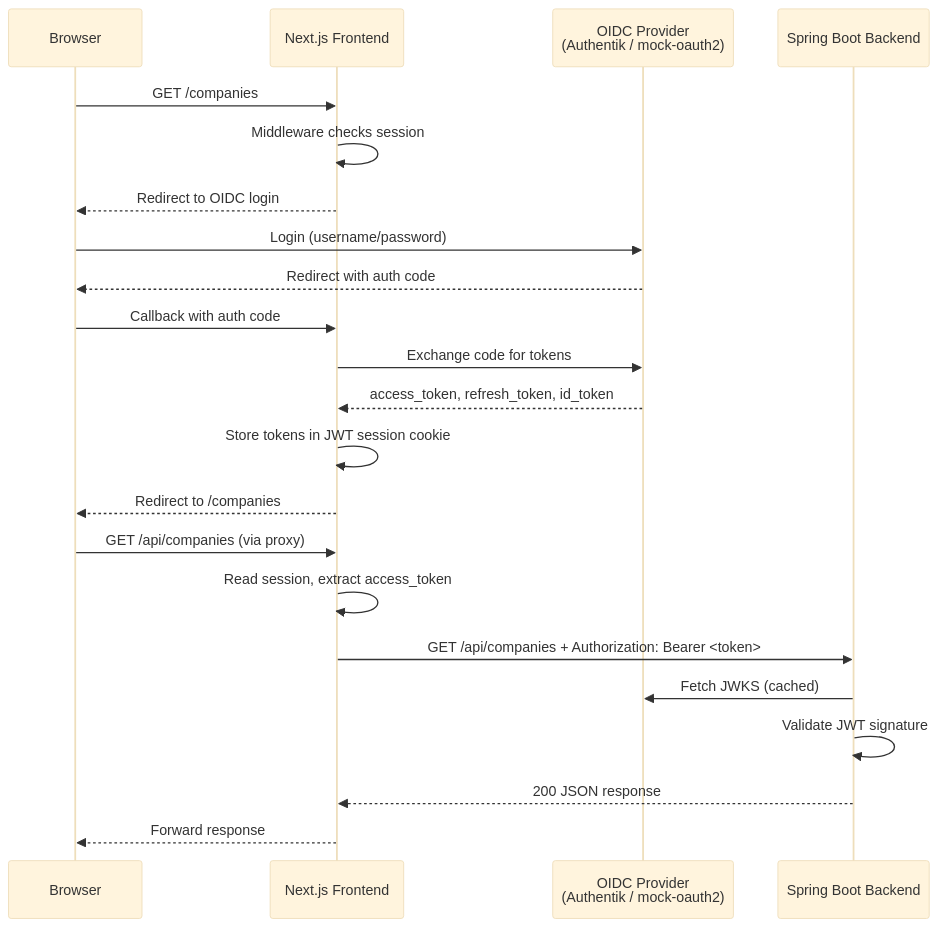
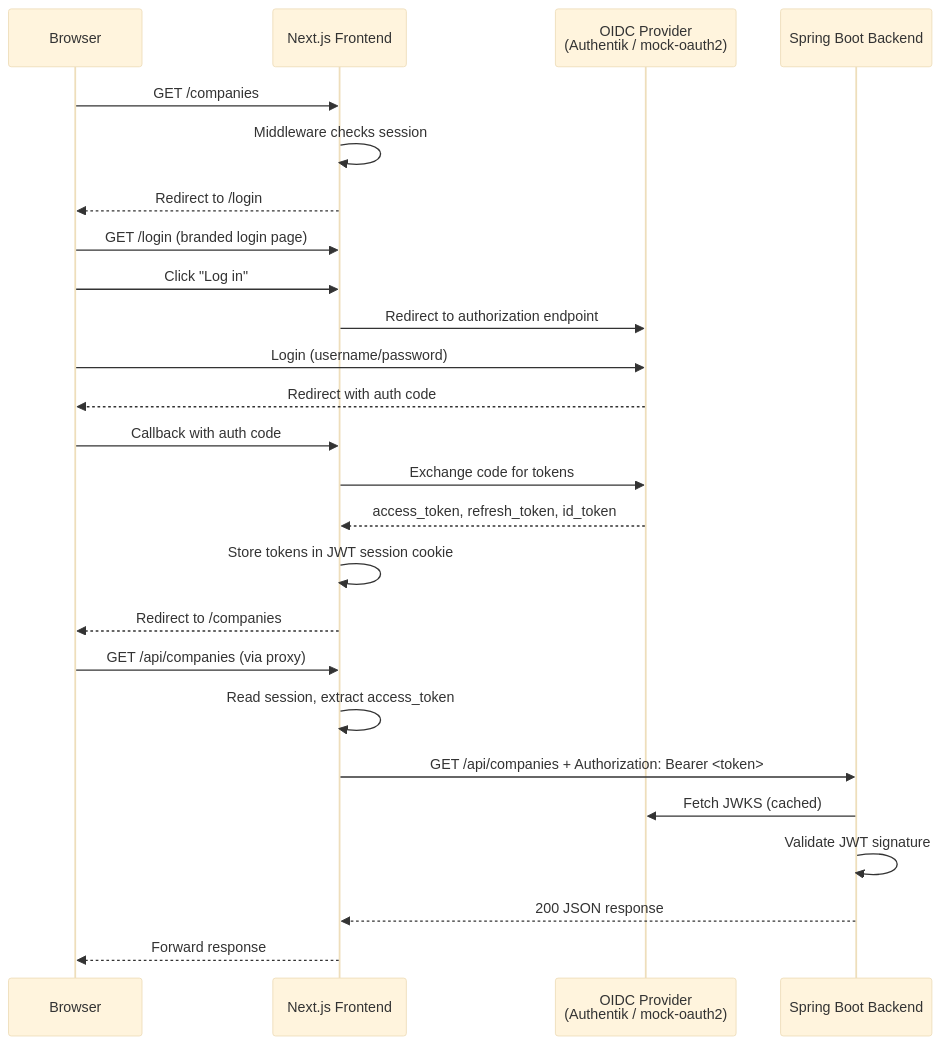
The third of 3 diagrams in .claude/conventions/project-specific/project-architecture.md (OpenElementsLabs/open-crm), drawn with Mermaid (base theme) before and after one commit. The commit also changed other lines of this file and 2 other files, not shown here.

Commit message:
feat: update project architecture to include custom branded login page and enhance middleware for session handling

````diff
--- a/.claude/conventions/project-specific/project-architecture.md
+++ b/.claude/conventions/project-specific/project-architecture.md
@@ -166,26 +167,29 @@
 ```mermaid
 sequenceDiagram
     participant Browser
     participant Frontend as Next.js Frontend
     participant OIDC as OIDC Provider<br/>(Authentik / mock-oauth2)
     participant Backend as Spring Boot Backend
 
     Browser->>Frontend: GET /companies
     Frontend->>Frontend: Middleware checks session
-    Frontend-->>Browser: Redirect to OIDC login
+    Frontend-->>Browser: Redirect to /login
+    Browser->>Frontend: GET /login (branded login page)
+    Browser->>Frontend: Click "Log in"
+    Frontend->>OIDC: Redirect to authorization endpoint
     Browser->>OIDC: Login (username/password)
     OIDC-->>Browser: Redirect with auth code
     Browser->>Frontend: Callback with auth code
     Frontend->>OIDC: Exchange code for tokens
     OIDC-->>Frontend: access_token, refresh_token, id_token
     Frontend->>Frontend: Store tokens in JWT session cookie
     Frontend-->>Browser: Redirect to /companies
 
     Browser->>Frontend: GET /api/companies (via proxy)
     Frontend->>Frontend: Read session, extract access_token
     Frontend->>Backend: GET /api/companies + Authorization: Bearer <token>
     Backend->>OIDC: Fetch JWKS (cached)
     Backend->>Backend: Validate JWT signature
     Backend-->>Frontend: 200 JSON response
     Frontend-->>Browser: Forward response
 ```
````
